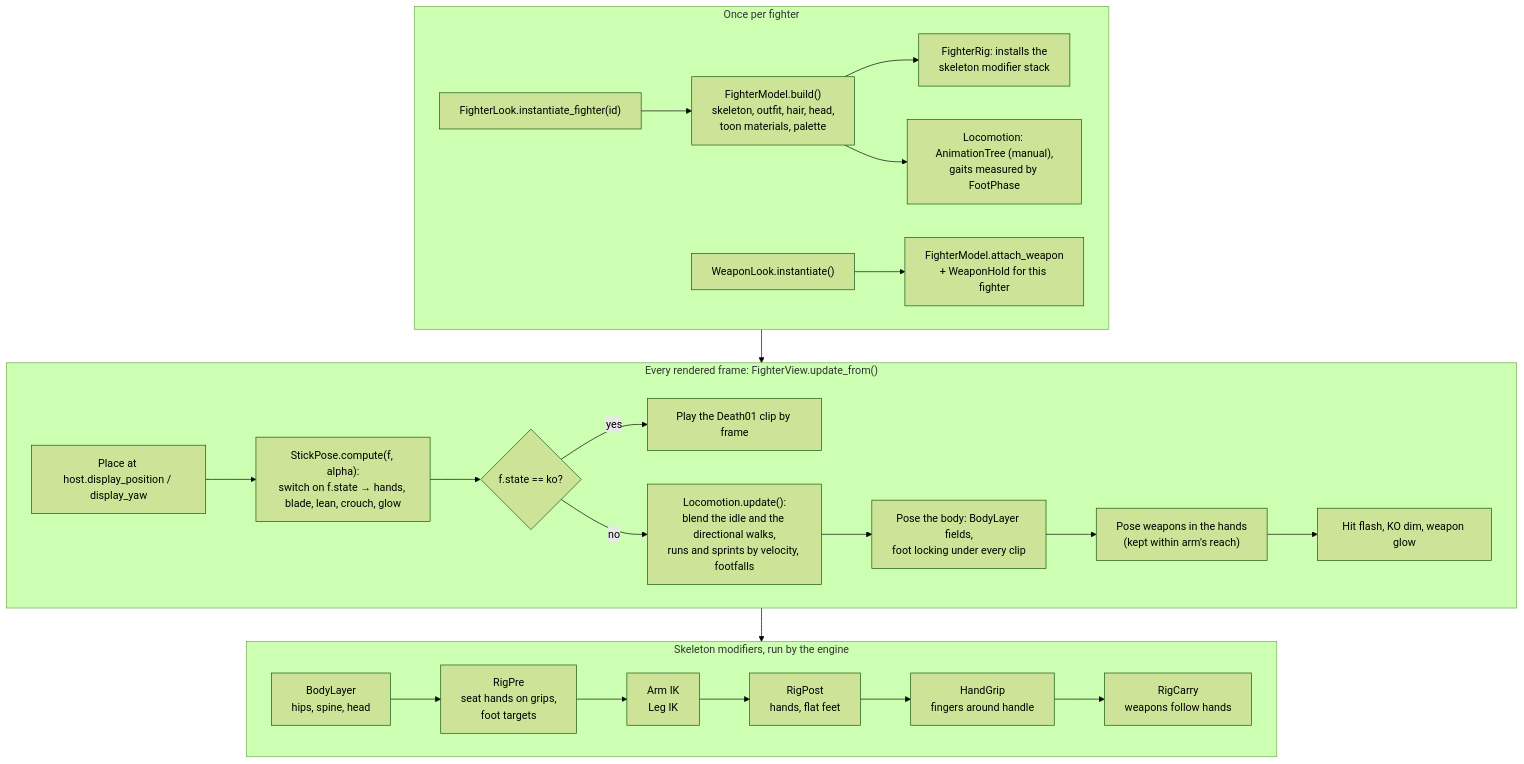
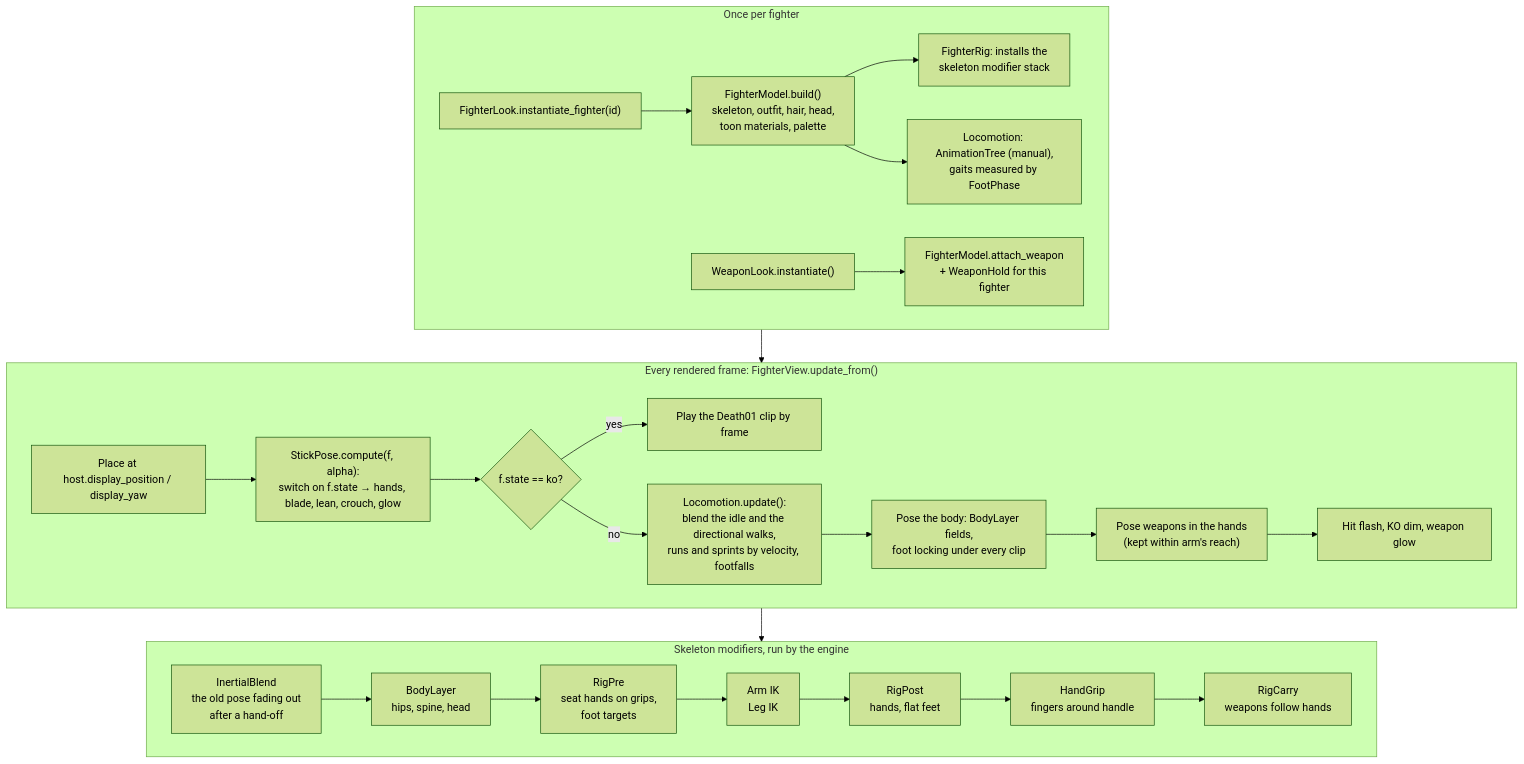
Diagram 13 of 22 in docs/architecture.md (Arod231/monomachia), drawn with Mermaid (forest theme) before and after one commit. The commit also changed other lines of this file and 20 other files, not shown here.

First line of the commit message:
Blend every hand-off inertially (milestone-1 task 23)

````diff
--- a/docs/architecture.md
+++ b/docs/architecture.md
@@ -686,31 +686,32 @@
 ```mermaid
 flowchart TD
     subgraph BUILD["Once per fighter"]
         FL["FighterLook.instantiate_fighter(id)"] --> FM["FighterModel.build()<br/>skeleton, outfit, hair, head,<br/>toon materials, palette"]
         FM --> RIG["FighterRig: installs the<br/>skeleton modifier stack"]
         FM --> LOCO["Locomotion: AnimationTree (manual),<br/>gaits measured by FootPhase"]
         WL["WeaponLook.instantiate()"] --> HOLD["FighterModel.attach_weapon<br/>+ WeaponHold for this fighter"]
     end
 
     subgraph FRAME["Every rendered frame: FighterView.update_from()"]
         POS["Place at host.display_position / display_yaw"] --> SP["StickPose.compute(f, alpha):<br/>switch on f.state → hands, blade, lean, crouch, glow"]
         SP --> KO{"f.state == ko?"}
         KO -- yes --> FALL["Play the Death01 clip by frame"]
         KO -- no --> LU["Locomotion.update():<br/>blend the idle and the directional walks,<br/>runs and sprints by velocity, footfalls"]
         LU --> PB["Pose the body: BodyLayer fields,<br/>foot locking under every clip"]
         PB --> PW["Pose weapons in the hands<br/>(kept within arm's reach)"]
         PW --> OV["Hit flash, KO dim, weapon glow"]
     end
 
     subgraph STACK["Skeleton modifiers, run by the engine"]
         direction LR
-        M1["BodyLayer<br/>hips, spine, head"] --> M2["RigPre<br/>seat hands on grips,<br/>foot targets"]
+        M0["InertialBlend<br/>the old pose fading out<br/>after a hand-off"] --> M1["BodyLayer<br/>hips, spine, head"]
+        M1 --> M2["RigPre<br/>seat hands on grips,<br/>foot targets"]
         M2 --> M3["Arm IK<br/>Leg IK"]
         M3 --> M4["RigPost<br/>hands, flat feet"]
         M4 --> M5["HandGrip<br/>fingers around handle"]
         M5 --> M6["RigCarry<br/>weapons follow hands"]
     end
 
     BUILD --> FRAME
     FRAME --> STACK
 ```
````
